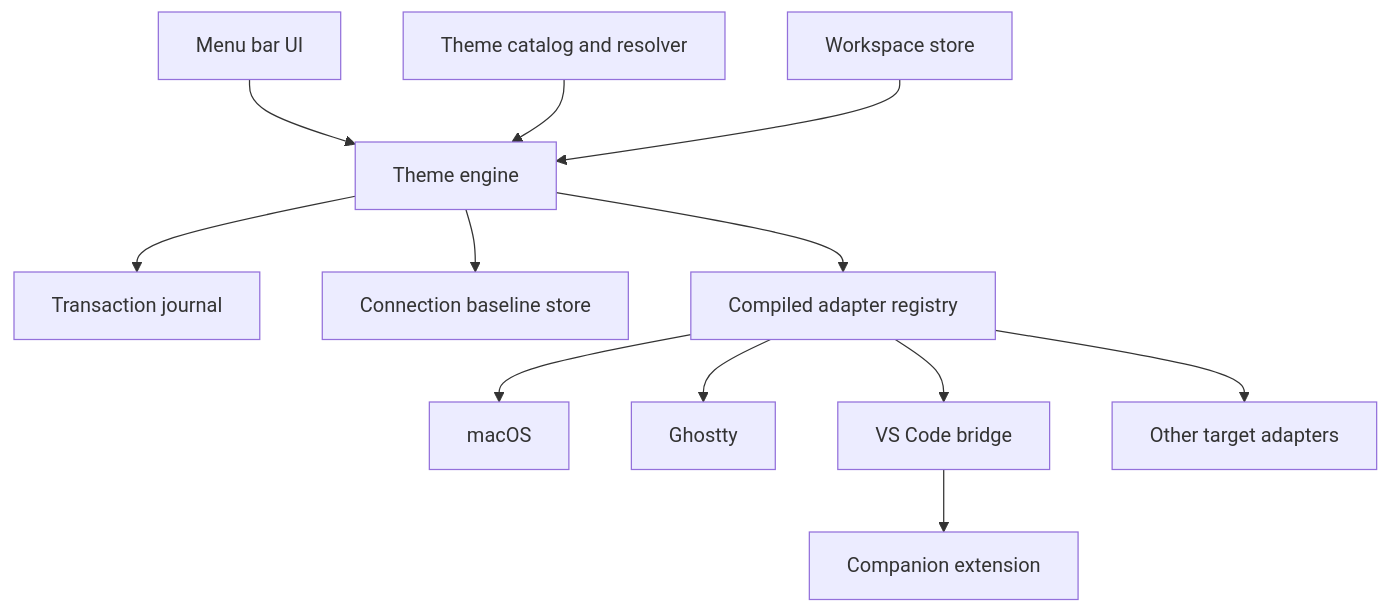
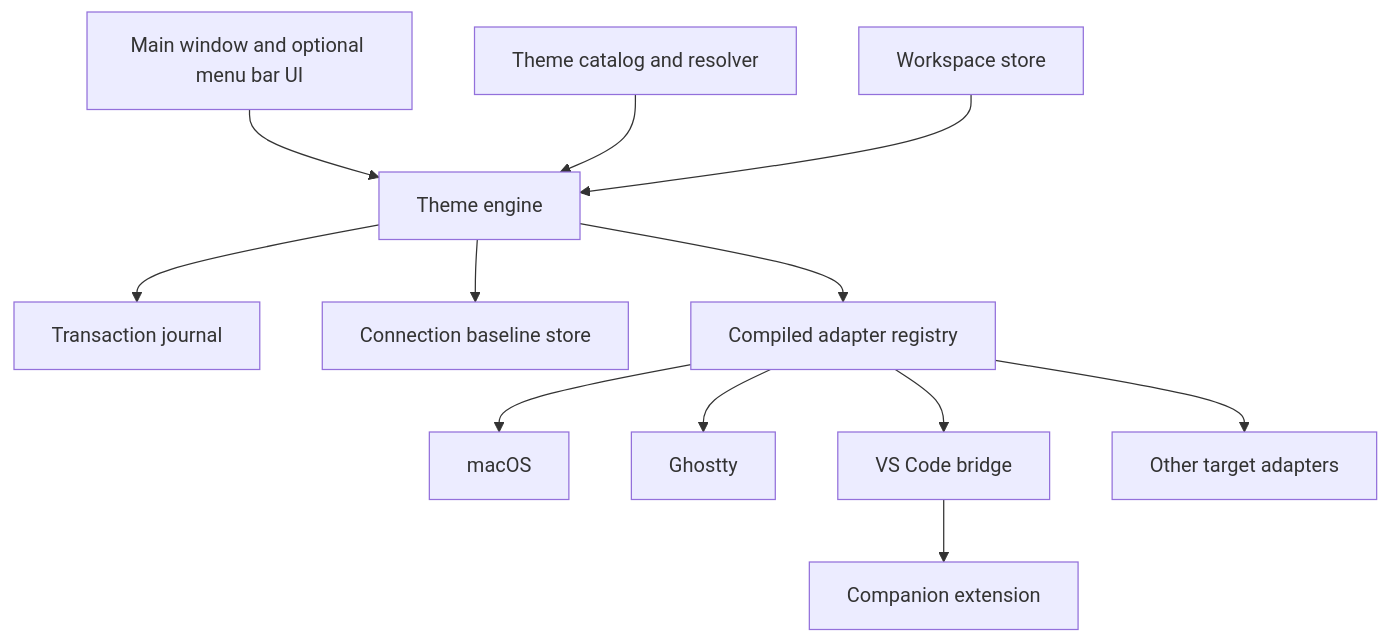
The diagram in docs/architecture/mvp-plan.md (abdullahnettoor/ohmytheme), drawn with Mermaid before and after one commit. The commit also changed other lines of this file and 29 other files, not shown here.

````diff
--- a/docs/architecture/mvp-plan.md
+++ b/docs/architecture/mvp-plan.md
@@ -172,14 +183,14 @@
 ```mermaid
 flowchart TD
-    UI[Menu bar UI] --> Engine[Theme engine]
+    UI[Main window and optional menu bar UI] --> Engine[Theme engine]
     Themes[Theme catalog and resolver] --> Engine
     Workspace[Workspace store] --> Engine
     Engine --> Journal[Transaction journal]
     Engine --> Baselines[Connection baseline store]
     Engine --> Adapters[Compiled adapter registry]
     Adapters --> Mac[macOS]
     Adapters --> Ghostty[Ghostty]
     Adapters --> VSCode[VS Code bridge]
     Adapters --> Others[Other target adapters]
     VSCode --> Extension[Companion extension]
 ```
````
